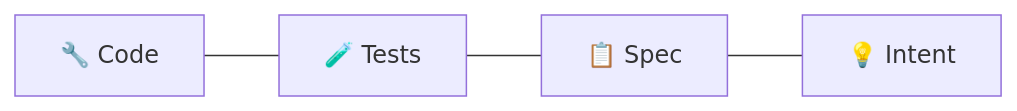
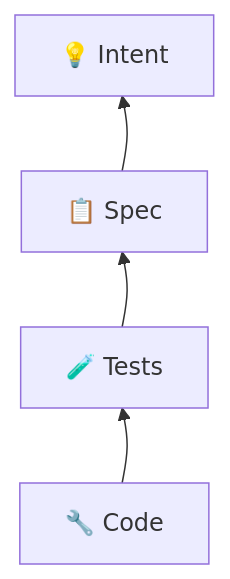
One commit to Texarkanine/devblog changed the diagram in _garden/adeptus-mechanicus-bootcamp.md. Above: the diagram before and after it, drawn with Mermaid. The commit also changed other lines of this file, not shown here.

Commit message:
chore: more revision

````diff
--- a/_garden/adeptus-mechanicus-bootcamp.md
+++ b/_garden/adeptus-mechanicus-bootcamp.md
@@ -47,4 +45,9 @@
 ```mermaid
-graph LR
-    A["🔧 Code"] --- B["🧪 Tests"] --- C["📋 Spec"] --- D["💡 Intent"]
+graph TD
+    D["💡 Intent"] --- C["📋 Spec"] --- B["🧪 Tests"] --- A["🔧 Code"]
+    C --> D
+    B --> C
+    A --> B
+
+linkStyle 0,1,2 stroke:none
 ```
````
